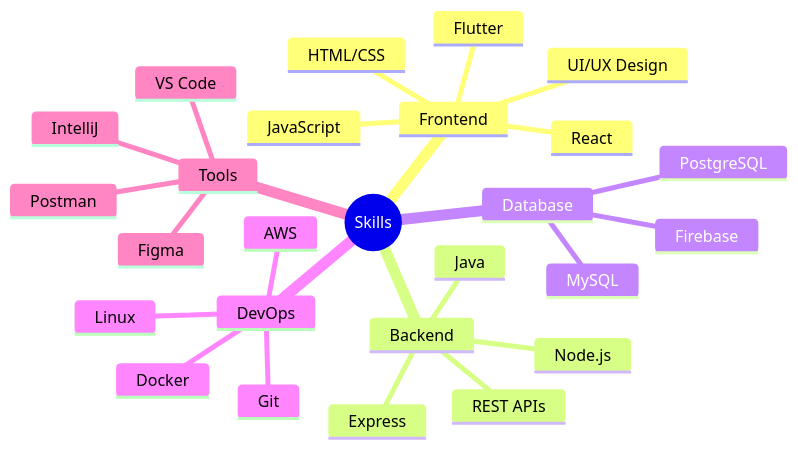
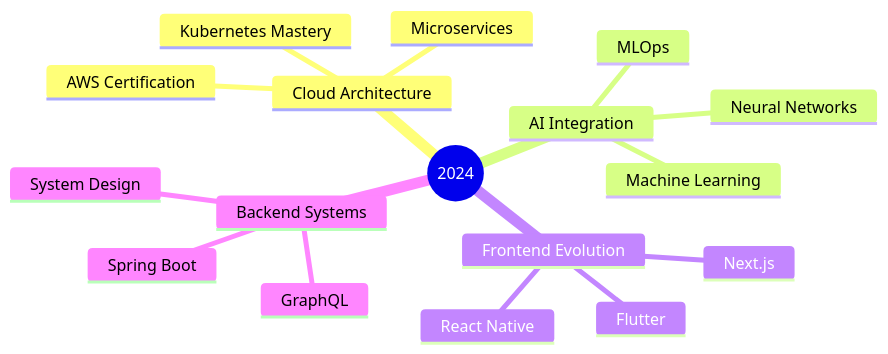
One commit to ChamathDilshanC/ChamathDilshanC changed the diagram in README.md. Above: the diagram before and after it, drawn with Mermaid. The commit also changed other lines of this file, not shown here.

````diff
--- a/README.md
+++ b/README.md
@@ -99,29 +127,20 @@
 ```mermaid
 mindmap
-  root((Skills))
-    Frontend
-      HTML/CSS
-      JavaScript
-      React
+  root((2024))
+    Cloud Architecture
+      AWS Certification
+      Kubernetes Mastery
+      Microservices
+    AI Integration
+      Machine Learning
+      Neural Networks
+      MLOps
+    Frontend Evolution
+      Next.js
+      React Native
       Flutter
-      UI/UX Design
-    Backend
-      Java
-      Node.js
-      Express
-      REST APIs
-    Database
-      MySQL
-      PostgreSQL
-      Firebase
-    DevOps
-      Docker
-      AWS
-      Git
-      Linux
-    Tools
-      VS Code
-      IntelliJ
-      Figma
-      Postman
+    Backend Systems
+      Spring Boot
+      GraphQL
+      System Design
 ```
````
